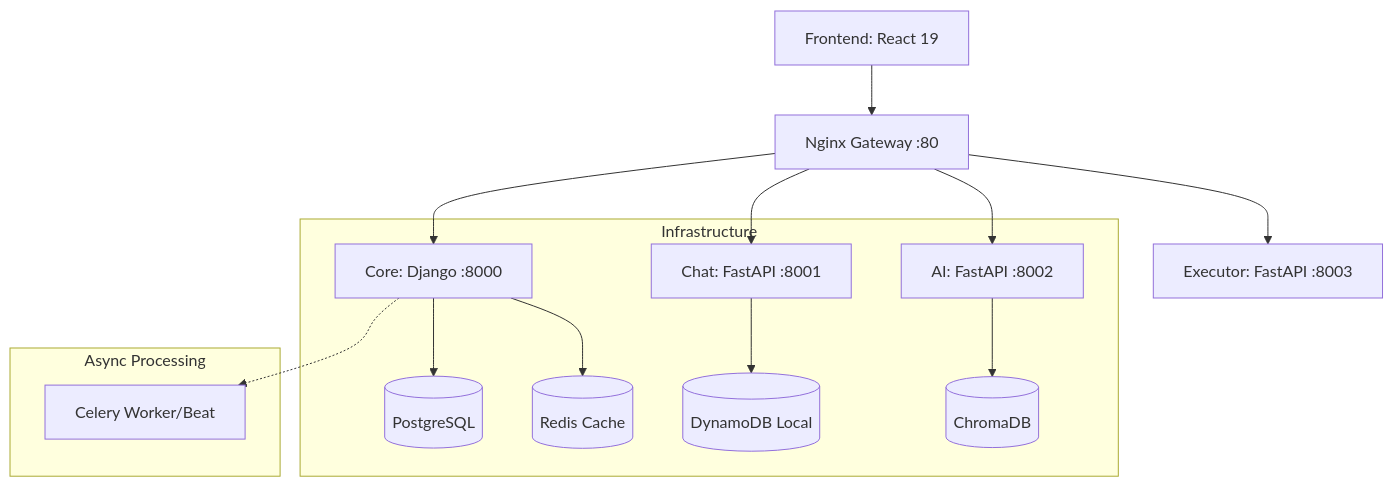
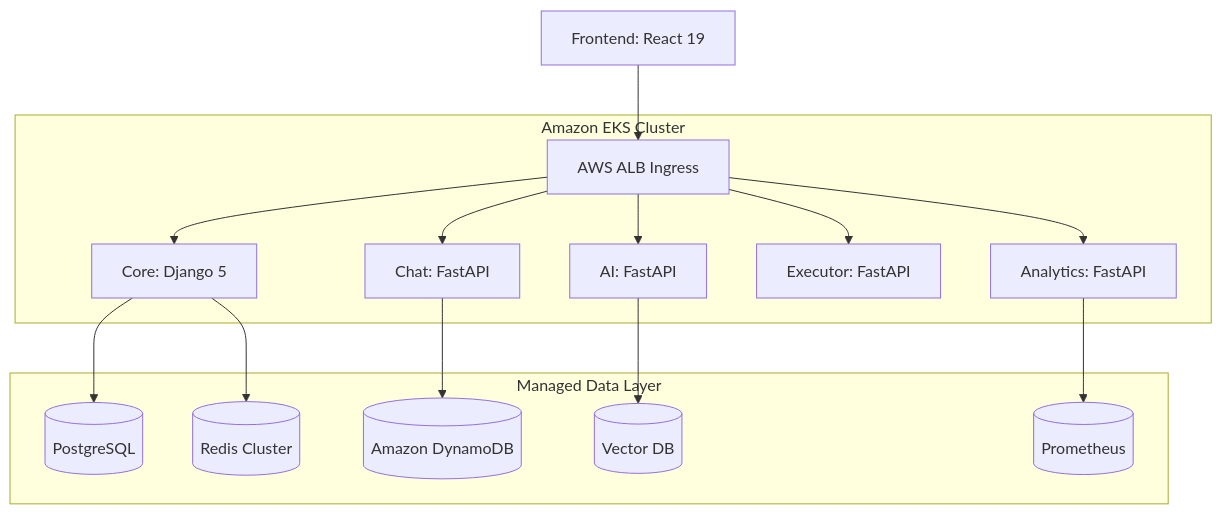
The diagram in README.md (jithin-jz/ClashCode), drawn with Mermaid before and after one commit. The commit also changed other lines of this file, not shown here.

First line of the commit message:
docs: rewrite README.md to reflect EKS production architecture

````diff
--- a/README.md
+++ b/README.md
@@ -17,20 +18,20 @@
 ```mermaid
 graph TD
-    Client[Frontend: React 19] --> Gateway[Nginx Gateway :80]
+    User[Frontend: React 19] --> ALB[AWS ALB Ingress]
     
-    Gateway --> Core[Core: Django :8000]
-    Gateway --> Chat[Chat: FastAPI :8001]
-    Gateway --> AI[AI: FastAPI :8002]
-    Gateway --> Executor[Executor: FastAPI :8003]
-    
-    subgraph Infrastructure
-        Core --> DB[(PostgreSQL)]
-        Core --> Redis[(Redis Cache)]
-        Chat --> Dynamo[(DynamoDB Local)]
-        AI --> Chroma[(ChromaDB)]
+    subgraph K8s_Cluster [Amazon EKS Cluster]
+        ALB --> Core[Core: Django 5]
+        ALB --> Chat[Chat: FastAPI]
+        ALB --> AI[AI: FastAPI]
+        ALB --> Executor[Executor: FastAPI]
+        ALB --> Analytics[Analytics: FastAPI]
     end
     
-    subgraph Async Processing
-        Core -.-> Celery[Celery Worker/Beat]
+    subgraph Data_Persistence [Managed Data Layer]
+        Core --> RDS[(PostgreSQL)]
+        Core --> Redis[(Redis Cluster)]
+        Chat --> Dynamo[(Amazon DynamoDB)]
+        AI --> Pinecone[(Vector DB)]
+        Analytics --> Prometheus[(Prometheus)]
     end
 ```
````
